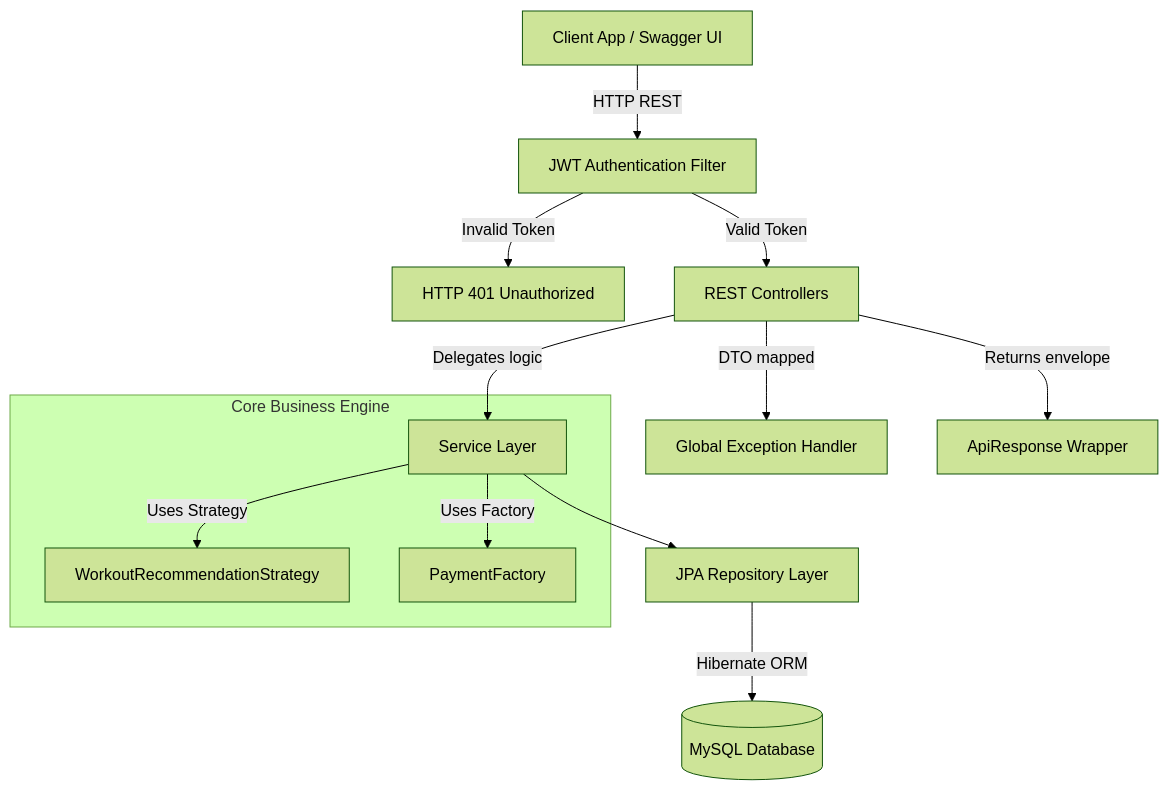
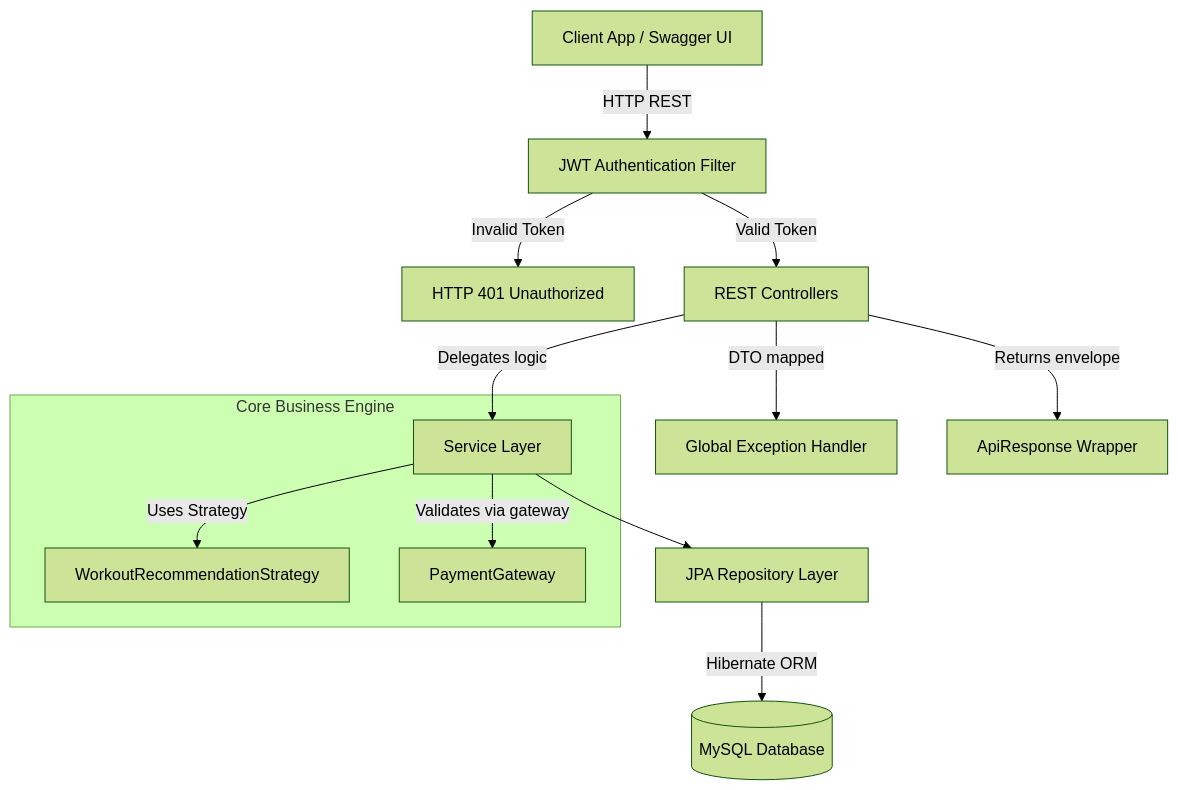
One commit to GUNADEEP19/GYM-MANAGEMENT-SYSTEM changed the diagram in README.md. Above: the diagram before and after it, drawn with Mermaid (forest theme). The commit also changed other lines of this file and 161 other files, not shown here.

````diff
--- a/README.md
+++ b/README.md
@@ -87,18 +87,18 @@
 ```mermaid
 graph TD
     Client[Client App / Swagger UI] -->|HTTP REST| Filter[JWT Authentication Filter]
     Filter -->|Valid Token| Controller[REST Controllers]
     Filter -->|Invalid Token| 401[HTTP 401 Unauthorized]
     
     Controller -->|DTO mapped| GlobalEx[Global Exception Handler]
     Controller -->|Delegates logic| Service[Service Layer]
     Controller -->|Returns envelope| Response[ApiResponse Wrapper]
     
     subgraph Core Business Engine
     Service -->|Uses Strategy| StrategyPattern[WorkoutRecommendationStrategy]
-    Service -->|Uses Factory| FactoryPattern[PaymentFactory]
+    Service -->|Validates via gateway| PaymentGateway[PaymentGateway]
     end
     
     Service --> Repo[JPA Repository Layer]
     Repo -->|Hibernate ORM| MySQL[(MySQL Database)]
 ```
````
